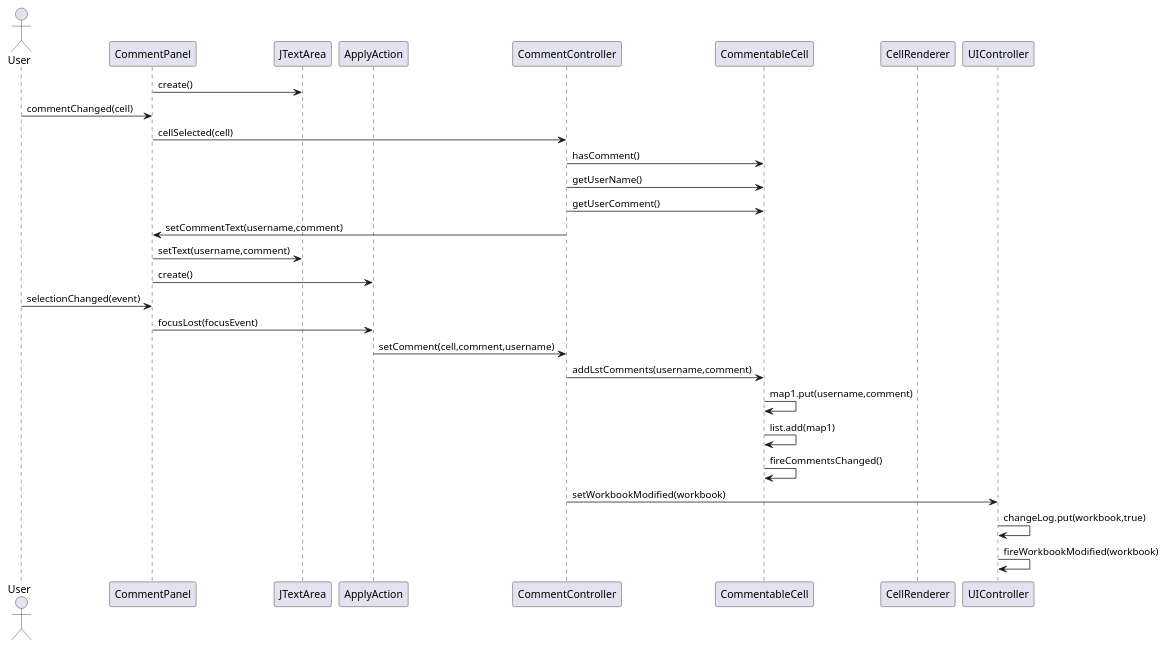
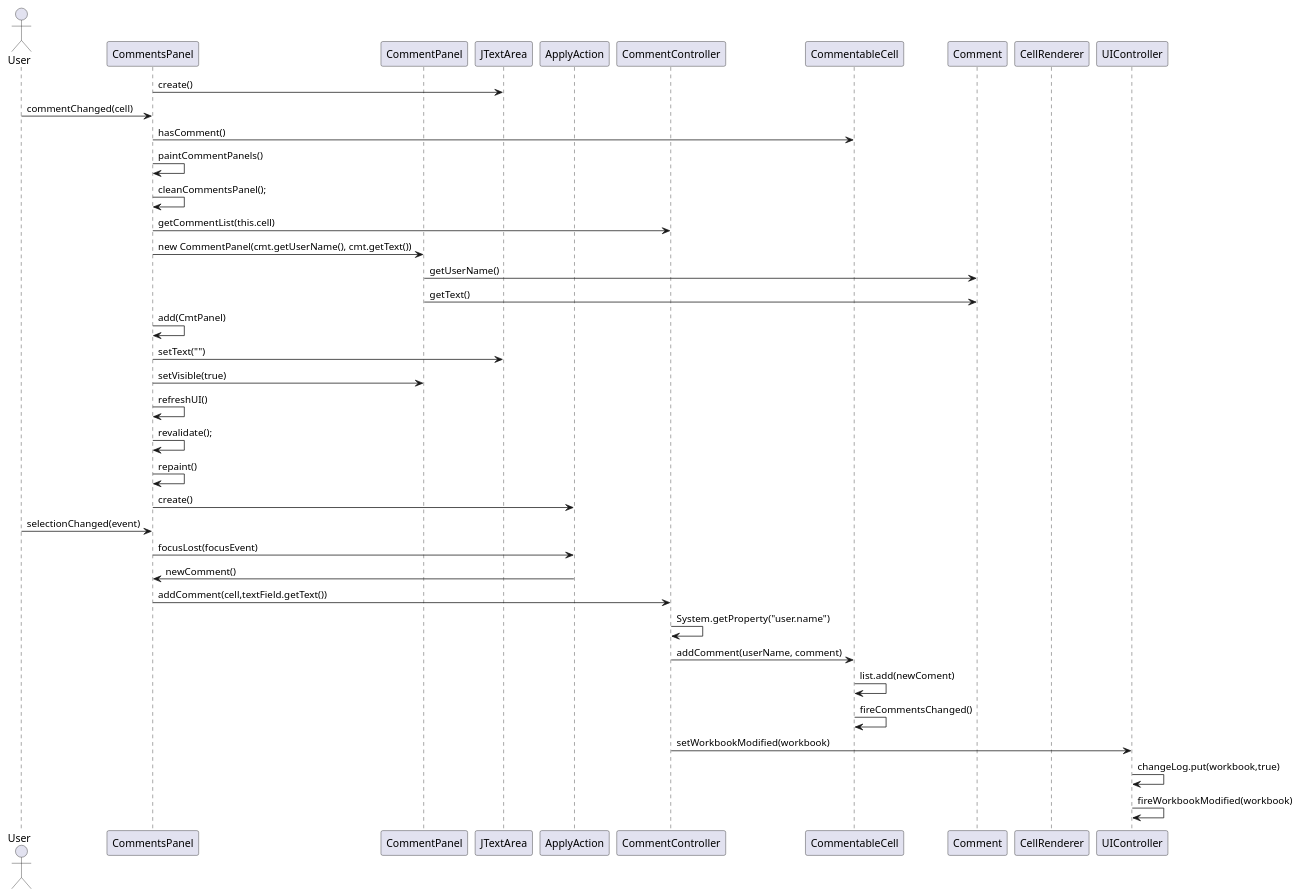
Before and after one commit to RubenTeixeira/cleansheets_isep_2dg_2016: the diagram in src/main/java/csheets/worklog/n1130980/sprint2/core02_2_Design.puml, drawn with PlantUML.

Commit message:
LPFOURDG-147 #time 1h Update Design #resolve

```diff
--- a/src/main/java/csheets/worklog/n1130980/sprint2/core02_2_Design.puml
+++ b/src/main/java/csheets/worklog/n1130980/sprint2/core02_2_Design.puml
@@ -1,31 +1,40 @@
 @startuml doc-files/core02_2_Design.png
 actor User
-participant "CommentPanel" as UIPanel
+participant "CommentsPanel" as UIPanel
+participant "CommentPanel" as CmtPanel
 participant "JTextArea" as text
 participant "ApplyAction" as Action
 participant "CommentController" as Ctrl
 participant "CommentableCell" as Cell
+participant "Comment" as Cmt
 participant "CellRenderer" as CRenderer
 participant "UIController" as UICtrl
 
-
 UIPanel -> text : create()
 User -> UIPanel : commentChanged(cell)
-UIPanel -> Ctrl : cellSelected(cell)
-Ctrl -> Cell : hasComment()
-Ctrl -> Cell : getUserName()
-Ctrl -> Cell : getUserComment()
-Ctrl -> UIPanel : setCommentText(username,comment)
-UIPanel -> text : setText(username,comment)
+UIPanel -> Cell : hasComment()
+UIPanel -> UIPanel : paintCommentPanels()
+UIPanel -> UIPanel : cleanCommentsPanel();
+UIPanel -> Ctrl : getCommentList(this.cell)
+UIPanel -> CmtPanel : new CommentPanel(cmt.getUserName(), cmt.getText())
+CmtPanel -> Cmt : getUserName()
+CmtPanel -> Cmt : getText()
+UIPanel -> UIPanel : add(CmtPanel)
+UIPanel -> text : setText("")
+UIPanel -> CmtPanel : setVisible(true)
+UIPanel -> UIPanel : refreshUI()
+UIPanel -> UIPanel : revalidate();
+UIPanel -> UIPanel : repaint()
 UIPanel -> Action : create()
 User -> UIPanel : selectionChanged(event)
 UIPanel -> Action : focusLost(focusEvent)
-Action -> Ctrl : setComment(cell,comment,username)
-Ctrl -> Cell : addLstComments(username,comment)
-Cell -> Cell : map1.put(username,comment)
-Cell -> Cell : list.add(map1)
+Action -> UIPanel : newComment()
+UIPanel -> Ctrl : addComment(cell,textField.getText())
+Ctrl -> Ctrl : System.getProperty("user.name")
+Ctrl -> Cell : addComment(userName, comment)
+Cell -> Cell : list.add(newComent)
 Cell -> Cell : fireCommentsChanged()
 Ctrl -> UICtrl : setWorkbookModified(workbook)
 UICtrl -> UICtrl : changeLog.put(workbook,true)
 UICtrl -> UICtrl : fireWorkbookModified(workbook)
 @enduml
```
